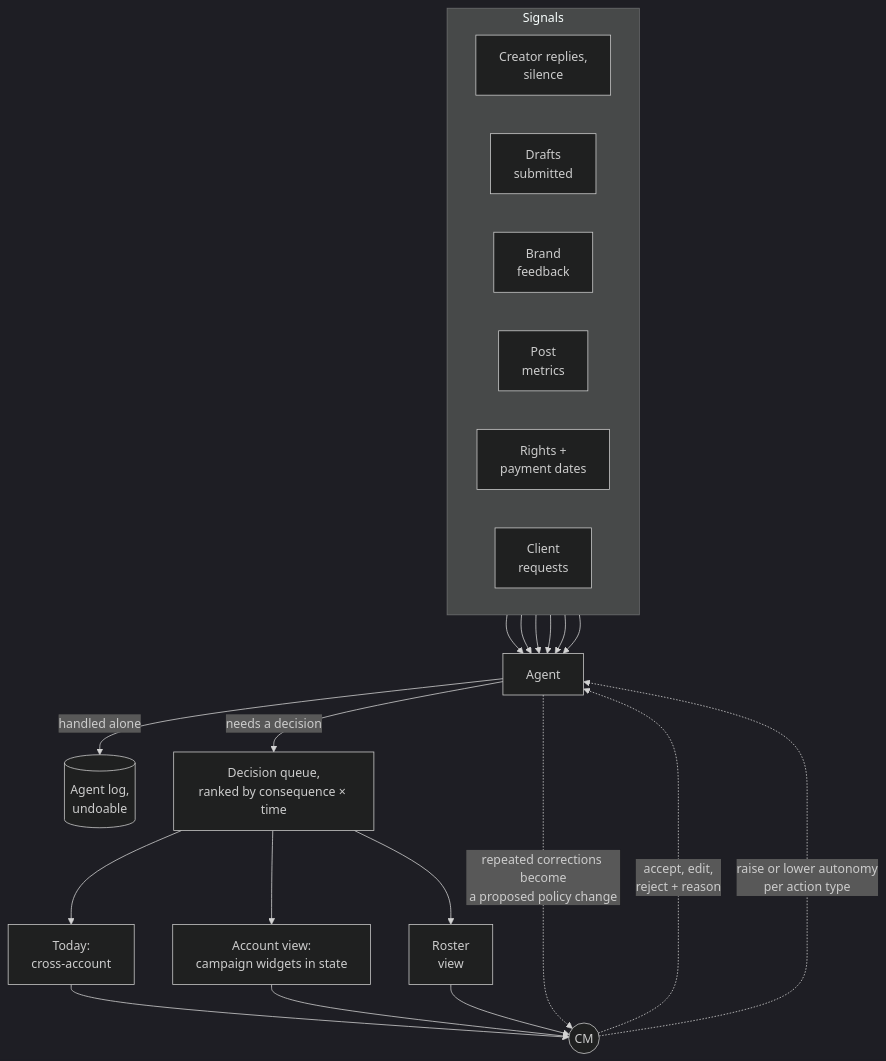
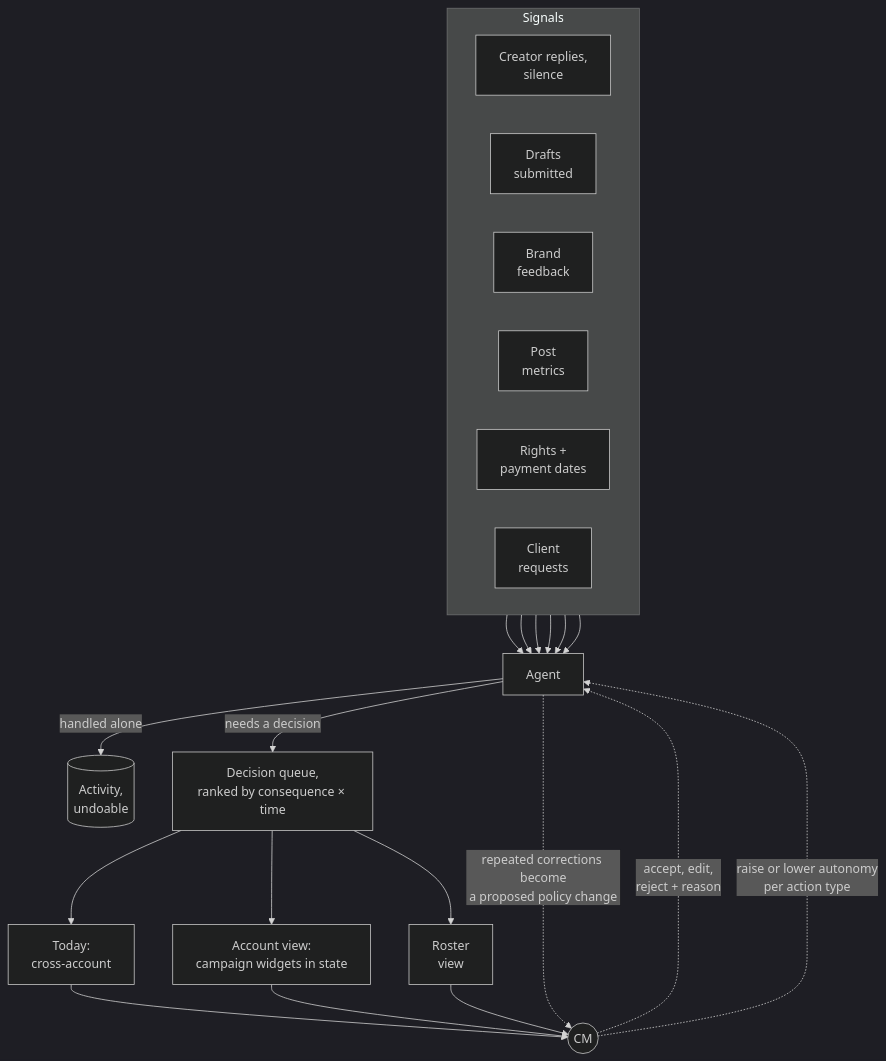
Before and after one commit to joshjhall/later-services-agent: the eighth of 10 diagrams in docs/flows.md, drawn with Mermaid (dark theme). The commit also changed 9 other files, not shown here.

````diff
--- a/docs/flows.md
+++ b/docs/flows.md
@@ -206,22 +206,22 @@
 ```mermaid
 flowchart TB
   subgraph Signals["Signals"]
     direction LR
     s1[Creator replies,<br/>silence]
     s2[Drafts<br/>submitted]
     s3[Brand<br/>feedback]
     s4[Post<br/>metrics]
     s5[Rights +<br/>payment dates]
     s6[Client<br/>requests]
   end
   s1 & s2 & s3 & s4 & s5 & s6 --> AG[Agent]
-  AG -->|handled alone| LOG[(Agent log,<br/>undoable)]
+  AG -->|handled alone| LOG[(Activity,<br/>undoable)]
   AG -->|needs a decision| QUEUE[Decision queue,<br/>ranked by consequence × time]
   QUEUE --> W1[Today:<br/>cross-account]
   QUEUE --> W2[Account view:<br/>campaign widgets in state]
   QUEUE --> W3[Roster<br/>view]
   W1 & W2 & W3 --> CM((CM))
   CM -.->|accept, edit,<br/>reject + reason| AG
   CM -.->|raise or lower autonomy<br/>per action type| AG
   AG -.->|repeated corrections become<br/>a proposed policy change| CM
 ```
````
